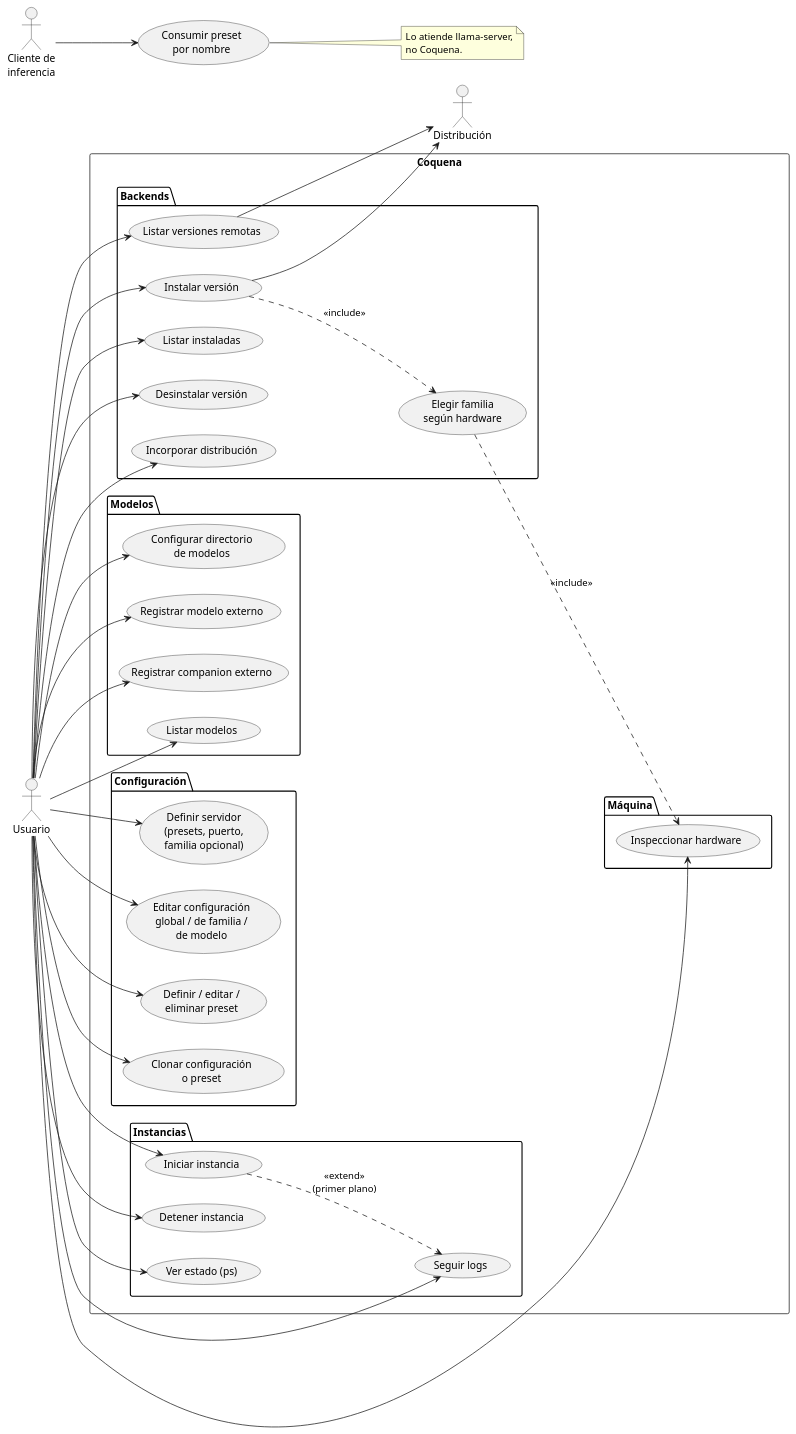
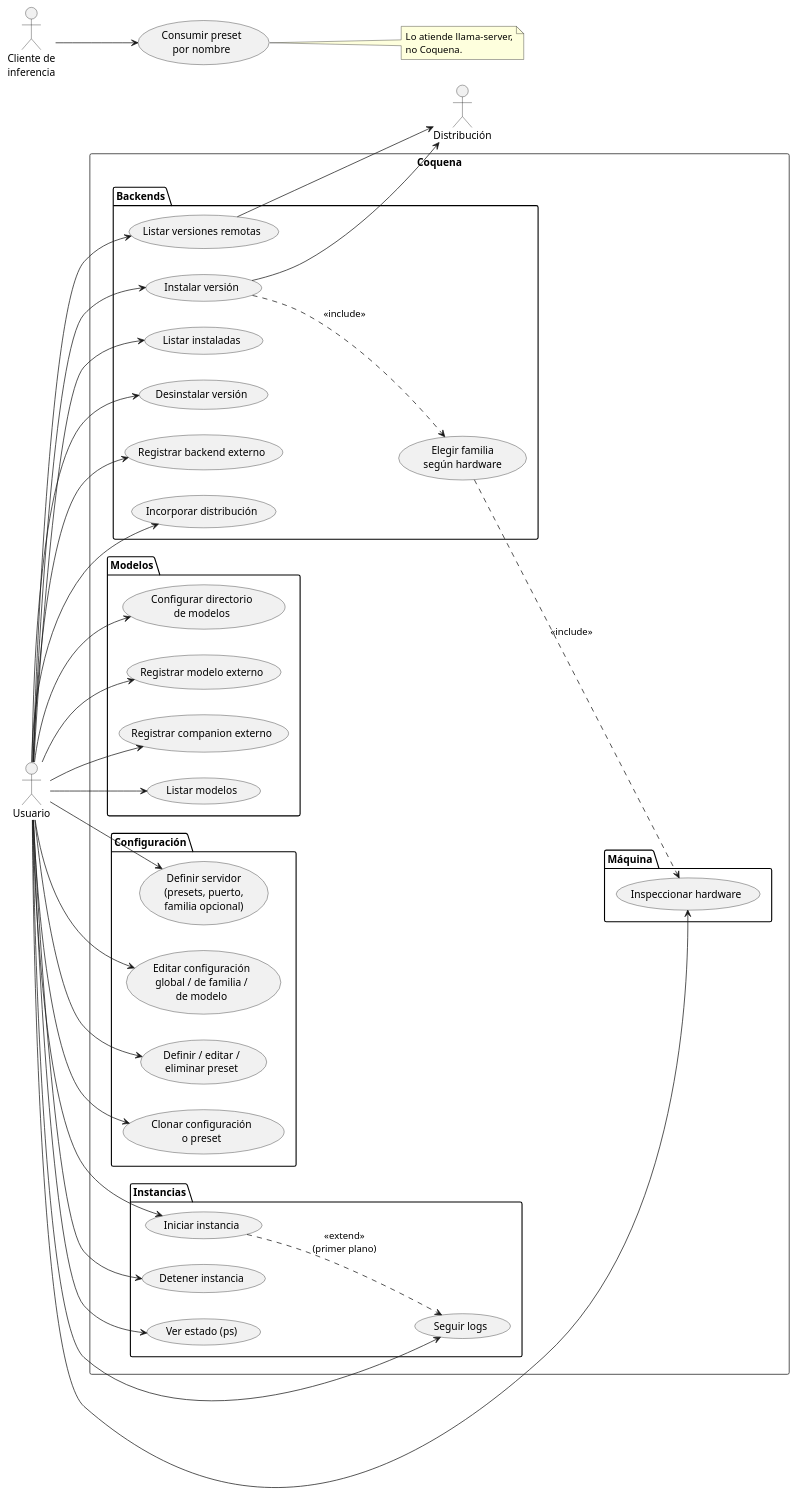
One commit to mstranich/coquena changed the diagram in docs/casos-de-uso.md. Above: the diagram before and after it, drawn with PlantUML. The commit also changed other lines of this file and 7 other files, not shown here.

````diff
--- a/docs/casos-de-uso.md
+++ b/docs/casos-de-uso.md
@@ -13,71 +13,73 @@
 ```plantuml
 @startuml
 left to right direction
 actor Usuario
 actor "Cliente de\ninferencia" as Cliente
 actor "Distribución" as GH
 
 rectangle Coquena {
   package Máquina {
     usecase "Inspeccionar hardware" as UC_HW
   }
   package Backends {
     usecase "Listar versiones remotas" as UC_BR
     usecase "Instalar versión" as UC_BI
     usecase "Listar instaladas" as UC_BL
     usecase "Desinstalar versión" as UC_BD
+    usecase "Registrar backend externo" as UC_BE
     usecase "Elegir familia\nsegún hardware" as UC_VAR
     usecase "Incorporar distribución" as UC_DI
   }
   package Modelos {
     usecase "Configurar directorio\nde modelos" as UC_MD
     usecase "Registrar modelo externo" as UC_MR
     usecase "Registrar companion externo" as UC_CR
     usecase "Listar modelos" as UC_ML
   }
   package Configuración {
     usecase "Definir servidor\n(presets, puerto,\nfamilia opcional)" as UC_ID
     usecase "Editar configuración\nglobal / de familia /\nde modelo" as UC_IG
     usecase "Definir / editar /\neliminar preset" as UC_PD
     usecase "Clonar configuración\no preset" as UC_PC
   }
   package Instancias {
     usecase "Iniciar instancia" as UC_IS
     usecase "Detener instancia" as UC_IX
     usecase "Ver estado (ps)" as UC_IP
     usecase "Seguir logs" as UC_IL
   }
 }
 
 Usuario --> UC_HW
 Usuario --> UC_BR
 Usuario --> UC_BI
 Usuario --> UC_BL
 Usuario --> UC_BD
+Usuario --> UC_BE
 Usuario --> UC_DI
 Usuario --> UC_MD
 Usuario --> UC_MR
 Usuario --> UC_CR
 Usuario --> UC_ML
 Usuario --> UC_ID
 Usuario --> UC_IG
 Usuario --> UC_PD
 Usuario --> UC_PC
 Usuario --> UC_IS
 Usuario --> UC_IX
 Usuario --> UC_IP
 Usuario --> UC_IL
 
 UC_BR --> GH
 UC_BI --> GH
 UC_BI ..> UC_VAR : <<include>>
 UC_VAR ..> UC_HW : <<include>>
 UC_IS ..> UC_IL : <<extend>>\n(primer plano)
 
 Cliente --> (Consumir preset\npor nombre)
 note right of (Consumir preset\npor nombre)
   Lo atiende llama-server,
   no Coquena.
 end note
 @enduml
 ```
````
